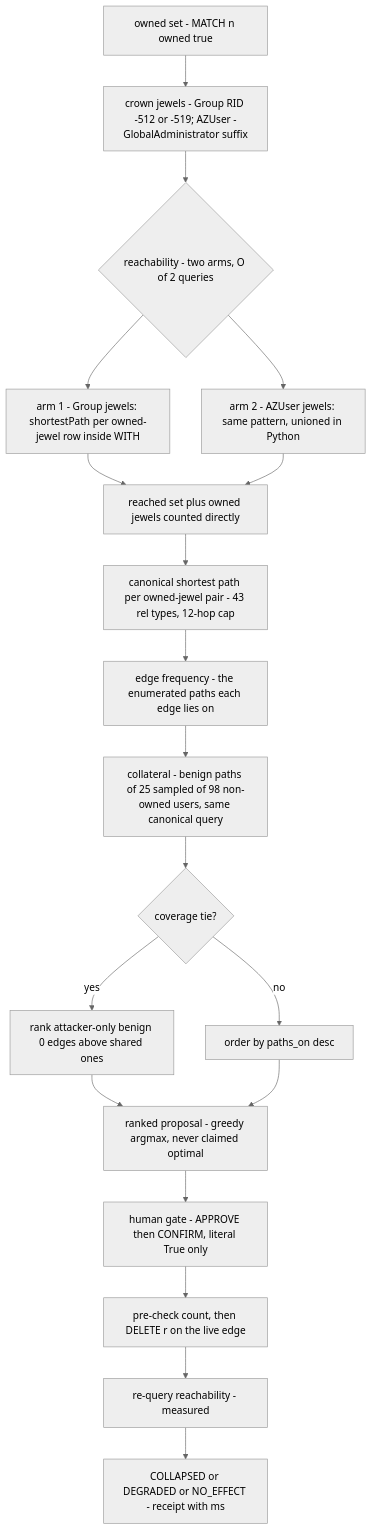
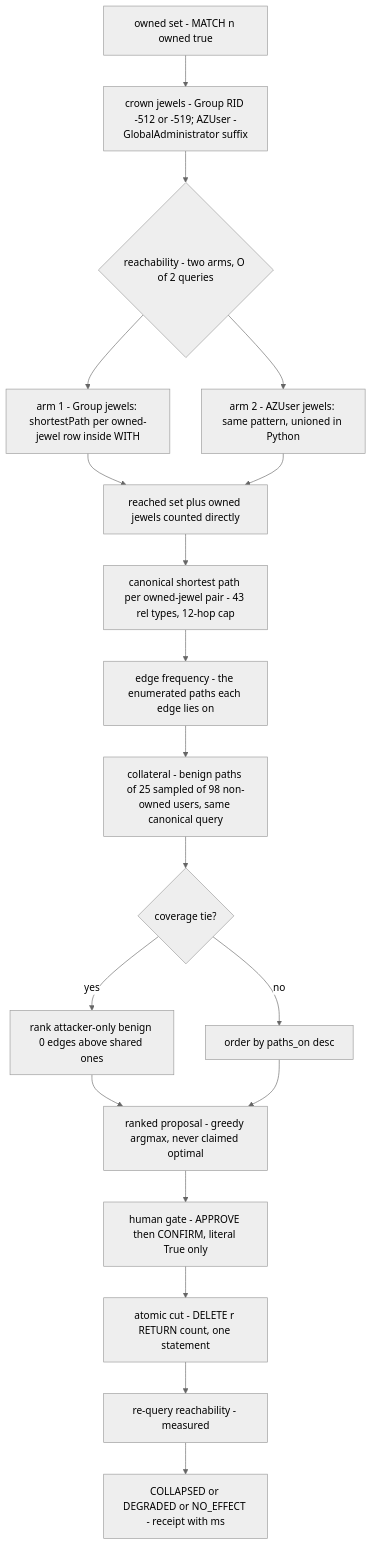
One commit to choksi2212/wemakedevs-hack changed the diagram in docs/CYPHER.md. Above: the diagram before and after it, drawn with Mermaid (neutral theme). The commit also changed other lines of this file, not shown here.

````diff
--- a/docs/CYPHER.md
+++ b/docs/CYPHER.md
@@ -11,21 +11,21 @@
 ```mermaid
 flowchart TD
   A["owned set - MATCH n owned true"] --> B["crown jewels - Group RID -512 or -519; AZUser -GlobalAdministrator suffix"]
   B --> R{"reachability - two arms, O of 2 queries"}
   R --> R1["arm 1 - Group jewels: shortestPath per owned-jewel row inside WITH"]
   R --> R2["arm 2 - AZUser jewels: same pattern, unioned in Python"]
   R1 --> CNT["reached set plus owned jewels counted directly"]
   R2 --> CNT
   CNT --> P["canonical shortest path per owned-jewel pair - 43 rel types, 12-hop cap"]
   P --> F["edge frequency - the enumerated paths each edge lies on"]
   F --> BEN["collateral - benign paths of 25 sampled of 98 non-owned users, same canonical query"]
   BEN --> TIE{"coverage tie?"}
   TIE -->|"yes"| RANK["rank attacker-only benign 0 edges above shared ones"]
   TIE -->|"no"| RANK2["order by paths_on desc"]
   RANK --> PROP["ranked proposal - greedy argmax, never claimed optimal"]
   RANK2 --> PROP
   PROP --> GATE["human gate - APPROVE then CONFIRM, literal True only"]
-  GATE --> CUT["pre-check count, then DELETE r on the live edge"]
+  GATE --> CUT["atomic cut - DELETE r RETURN count, one statement"]
   CUT --> RE["re-query reachability - measured"]
   RE --> V["COLLAPSED or DEGRADED or NO_EFFECT - receipt with ms"]
 ```
````
